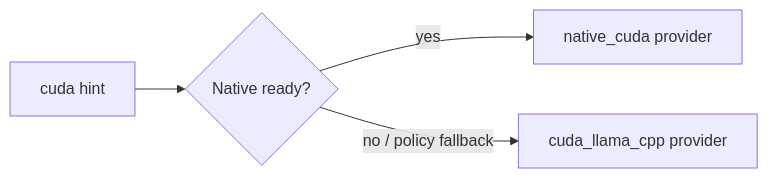
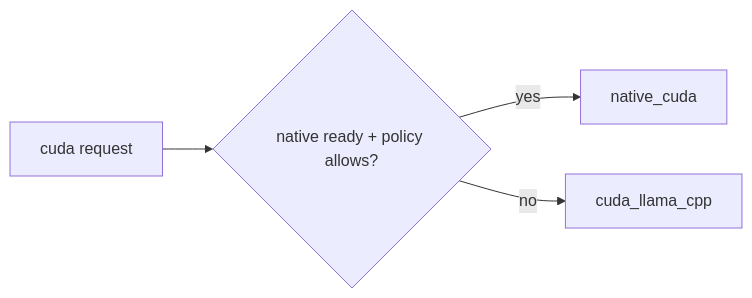
One commit to vjsingh1984/inferflux changed the third of 3 diagrams in docs/Architecture.md. Above: the diagram before and after it, drawn with Mermaid. The commit also changed other lines of this file and 11 other files, not shown here.

````diff
--- a/docs/Architecture.md
+++ b/docs/Architecture.md
@@ -92,6 +94,6 @@
 ```mermaid
 flowchart LR
-    A[cuda hint] --> B{Native ready?}
-    B -->|yes| C[native_cuda provider]
-    B -->|no / policy fallback| D[cuda_llama_cpp provider]
+    A[cuda request] --> B{native ready + policy allows?}
+    B -->|yes| C[native_cuda]
+    B -->|no| D[cuda_llama_cpp]
 ```
````
